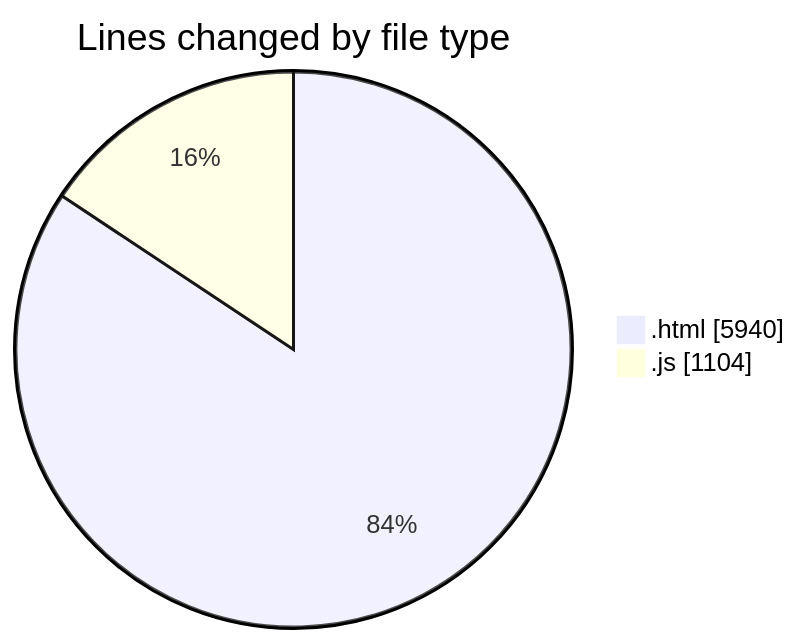
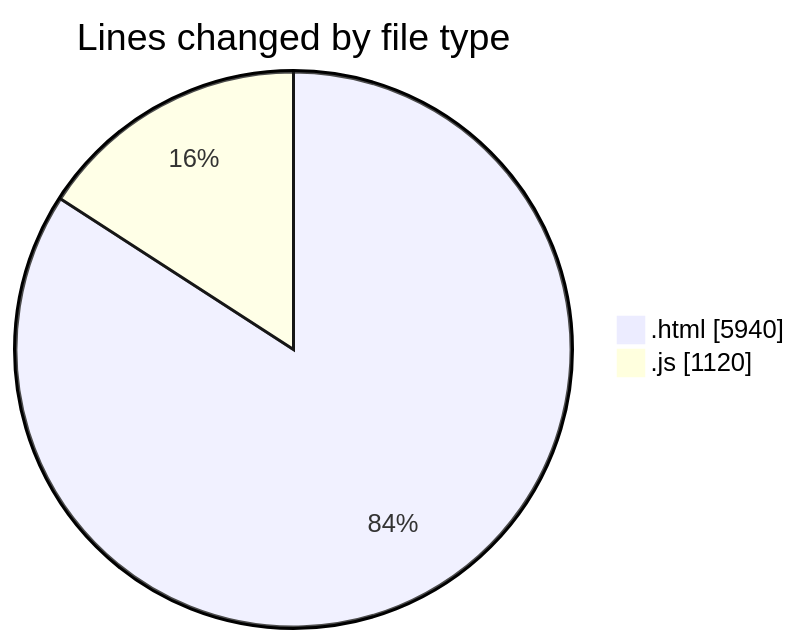
Before and after one commit to nxtqubesakshisongat/code-tracking: the first of 2 diagrams in 2025-08-10/nxtqube_webapp/README.md, drawn with Mermaid. The commit also changed other lines of this file and 1 other file, not shown here.

````diff
--- a/2025-08-10/nxtqube_webapp/README.md
+++ b/2025-08-10/nxtqube_webapp/README.md
@@ -23,6 +23,6 @@
 ```mermaid
 pie showData
 title Lines changed by file type
 ".html" : 5940
-".js" : 1104
+".js" : 1120
 ```
````
